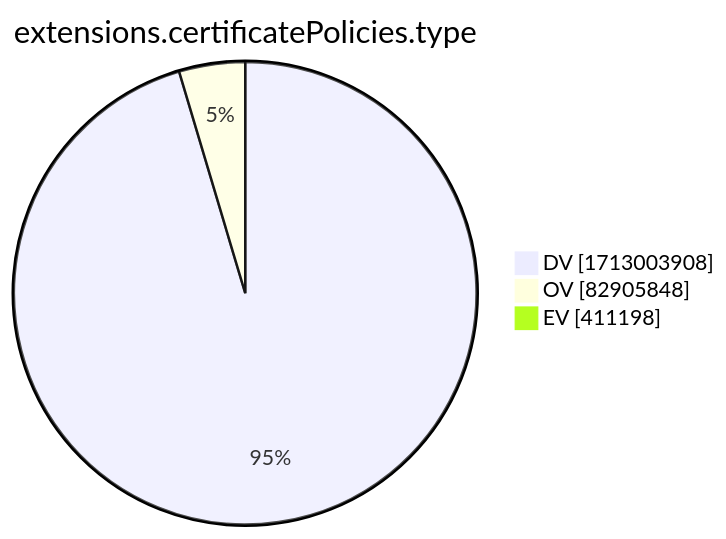
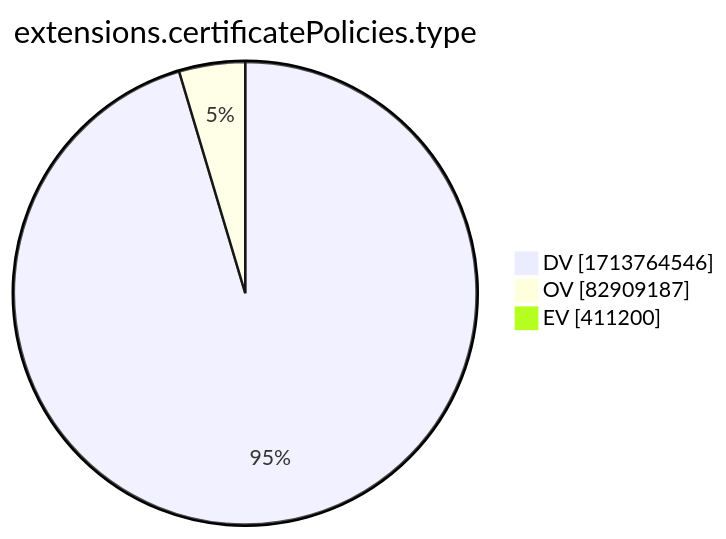
Before and after one commit to christiankrug/ctmonitor_visualization: the tenth of 15 diagrams in xenon2022/README.md, drawn with Mermaid. The commit also changed other lines of this file, not shown here.

````diff
--- a/xenon2022/README.md
+++ b/xenon2022/README.md
@@ -2881,7 +2881,7 @@
 ```mermaid
 pie showData
 title extensions.certificatePolicies.type
-"DV" :1713003908
-"OV" :82905848
-"EV" :411198
+"DV" :1713764546
+"OV" :82909187
+"EV" :411200
 ```
````
